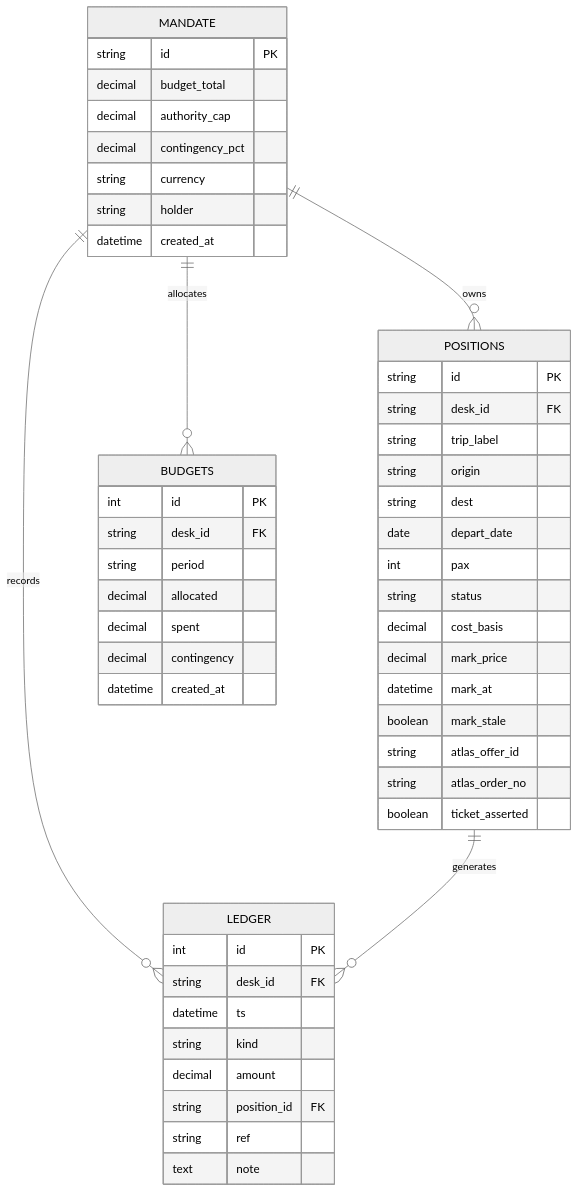
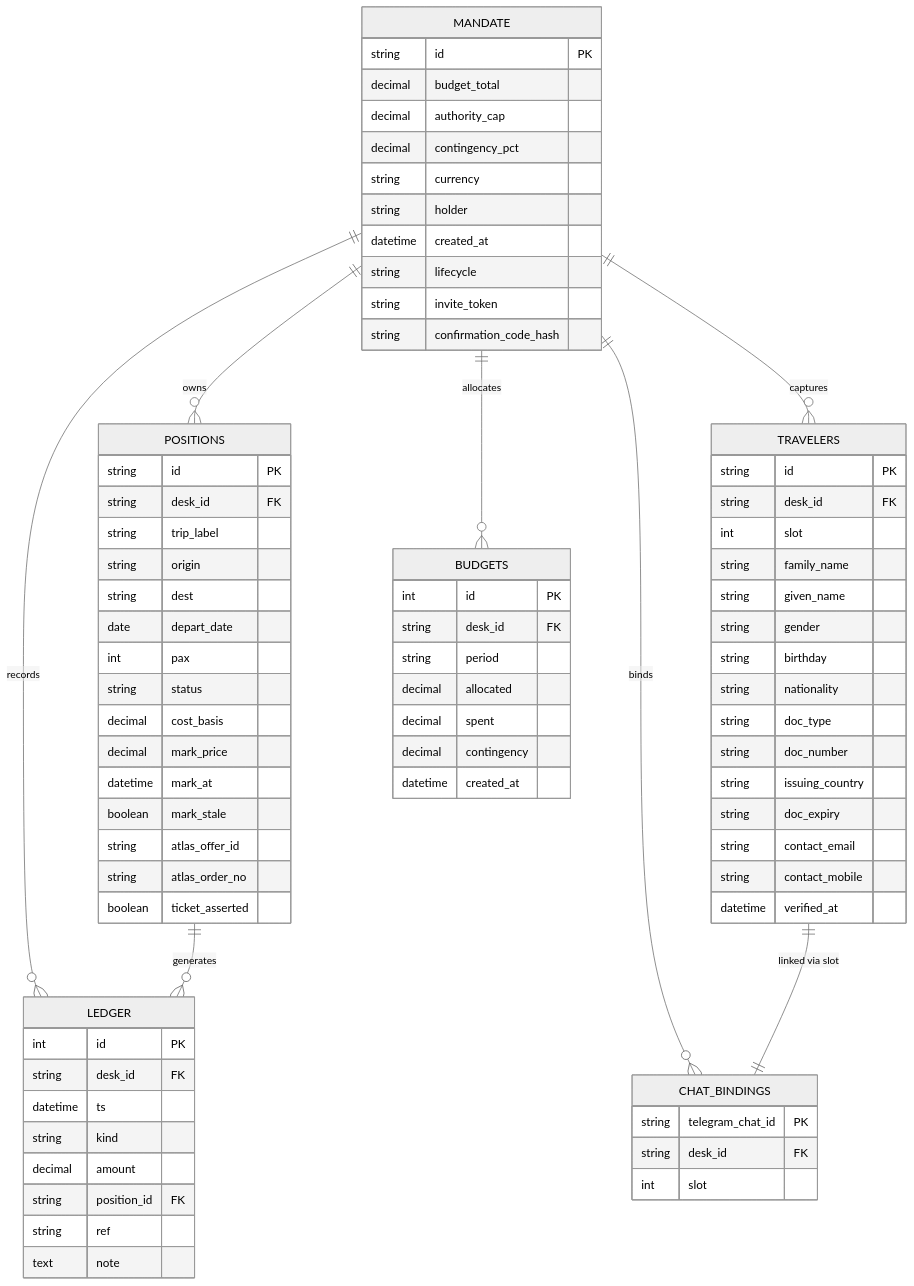
One commit to jaydonnnk/waypoint changed the third of 6 diagrams in .qoder/repowiki/en/content/Data Management/Database Schema Design.md. Above: the diagram before and after it, drawn with Mermaid (neutral theme). The commit also changed other lines of this file and 14 other files, not shown here.

````diff
--- a/.qoder/repowiki/en/content/Data Management/Database Schema Design.md
+++ b/.qoder/repowiki/en/content/Data Management/Database Schema Design.md
@@ -128,52 +142,80 @@
 ```mermaid
 erDiagram
 MANDATE {
 string id PK
 decimal budget_total
 decimal authority_cap
 decimal contingency_pct
 string currency
 string holder
 datetime created_at
+string lifecycle
+string invite_token
+string confirmation_code_hash
 }
 POSITIONS {
 string id PK
 string desk_id FK
 string trip_label
 string origin
 string dest
 date depart_date
 int pax
 string status
 decimal cost_basis
 decimal mark_price
 datetime mark_at
 boolean mark_stale
 string atlas_offer_id
 string atlas_order_no
 boolean ticket_asserted
+}
+TRAVELERS {
+string id PK
+string desk_id FK
+int slot
+string family_name
+string given_name
+string gender
+string birthday
+string nationality
+string doc_type
+string doc_number
+string issuing_country
+string doc_expiry
+string contact_email
+string contact_mobile
+datetime verified_at
+}
+CHAT_BINDINGS {
+string telegram_chat_id PK
+string desk_id FK
+int slot
 }
 LEDGER {
 int id PK
 string desk_id FK
 datetime ts
 string kind
 decimal amount
 string position_id FK
 string ref
 text note
 }
 BUDGETS {
 int id PK
 string desk_id FK
 string period
 decimal allocated
 decimal spent
 decimal contingency
 datetime created_at
 }
 MANDATE ||--o{ POSITIONS : "owns"
+MANDATE ||--o{ TRAVELERS : "captures"
+MANDATE ||--o{ CHAT_BINDINGS : "binds"
 MANDATE ||--o{ LEDGER : "records"
 MANDATE ||--o{ BUDGETS : "allocates"
 POSITIONS ||--o{ LEDGER : "generates"
+TRAVELERS ||--|| CHAT_BINDINGS : "linked via slot"
 ```
````
